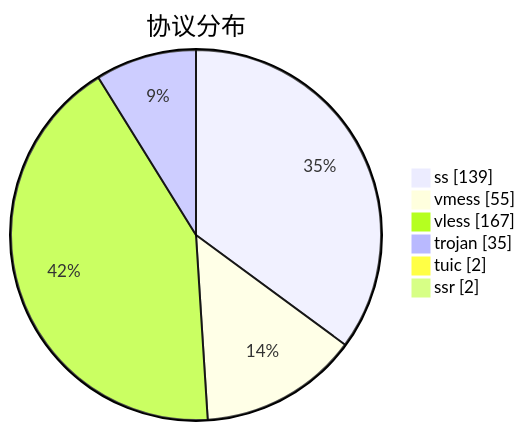
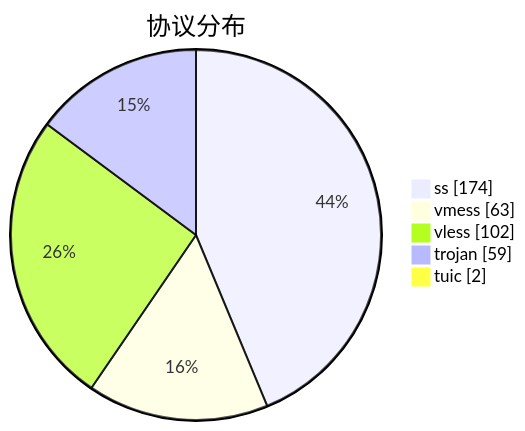
Before and after one commit to qjlxg/airport: the third of 3 diagrams in subs/statistics/tested_within.md, drawn with Mermaid. The commit also changed other lines of this file and 2 other files, not shown here.

````diff
--- a/subs/statistics/tested_within.md
+++ b/subs/statistics/tested_within.md
@@ -35,10 +37,9 @@
 ```mermaid
 pie showData
 title 协议分布
-"ss" : 139
-"vmess" : 55
-"vless" : 167
-"trojan" : 35
+"ss" : 174
+"vmess" : 63
+"vless" : 102
+"trojan" : 59
 "tuic" : 2
-"ssr" : 2
 ```
````
